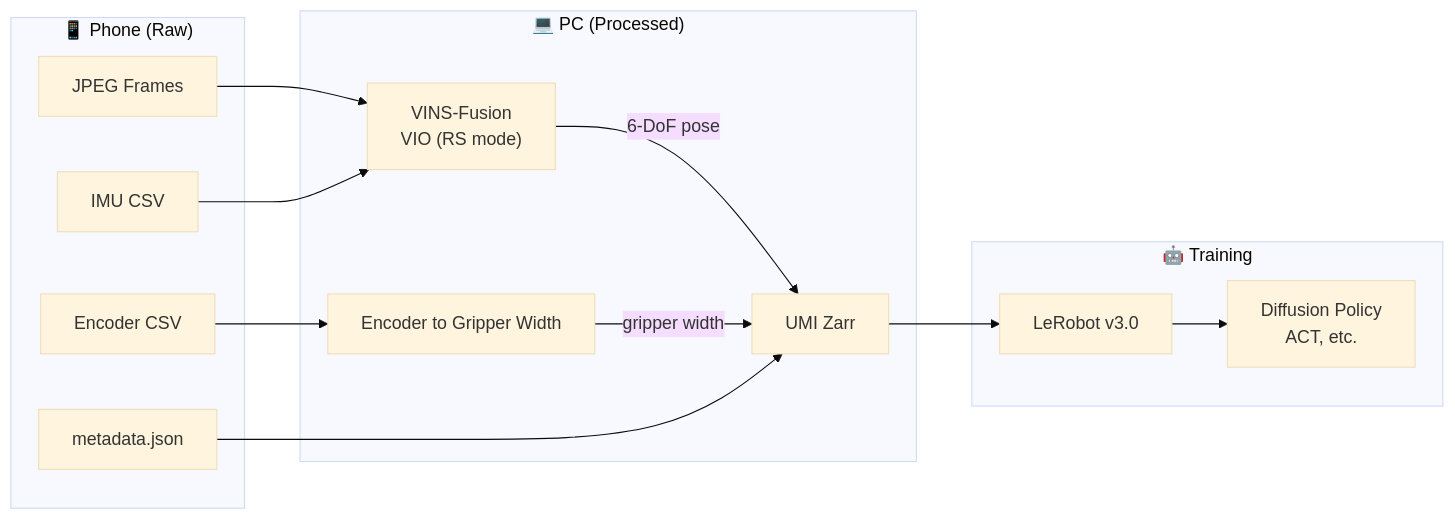
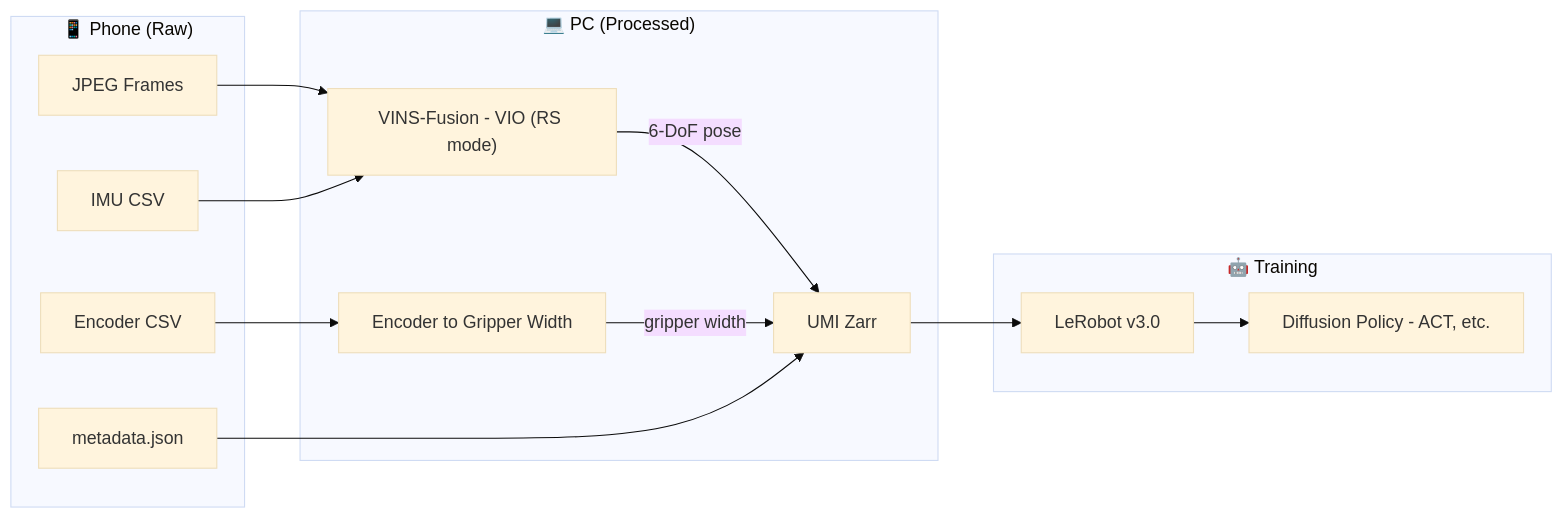
One commit to Auromix/OpenUMI changed the second of 2 diagrams in README.md. Above: the diagram before and after it, drawn with Mermaid (base theme). The commit also changed other lines of this file and 5 other files, not shown here.

First line of the commit message:
Fix Mermaid: replace \n with single-line labels for GitHub

````diff
--- a/README.md
+++ b/README.md
@@ -106,29 +106,29 @@
 ```mermaid
 graph LR
     subgraph Phone["📱 Phone (Raw)"]
         JPEG["JPEG Frames"]
         IMU["IMU CSV"]
         ENC["Encoder CSV"]
         META["metadata.json"]
     end
 
     subgraph PC["💻 PC (Processed)"]
-        SLAM["VINS-Fusion\nVIO (RS mode)"]
+        SLAM["VINS-Fusion - VIO (RS mode)"]
         GRIP["Encoder to Gripper Width"]
         ZARR["UMI Zarr"]
     end
 
     subgraph Train["🤖 Training"]
         LR["LeRobot v3.0"]
-        DP["Diffusion Policy\nACT, etc."]
+        DP["Diffusion Policy - ACT, etc."]
     end
 
     JPEG --> SLAM
     IMU --> SLAM
     SLAM -- "6-DoF pose" --> ZARR
     ENC --> GRIP
     GRIP -- "gripper width" --> ZARR
     META --> ZARR
     ZARR --> LR
     LR --> DP
 ```
````
